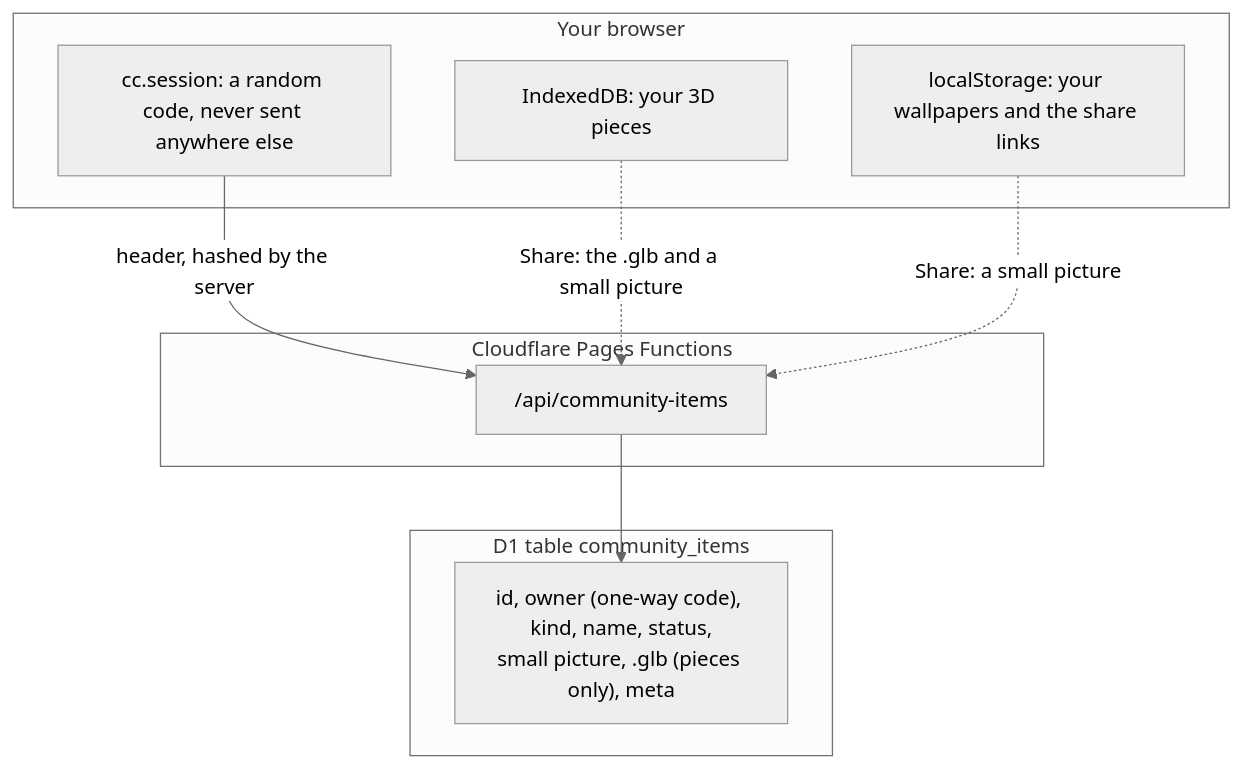
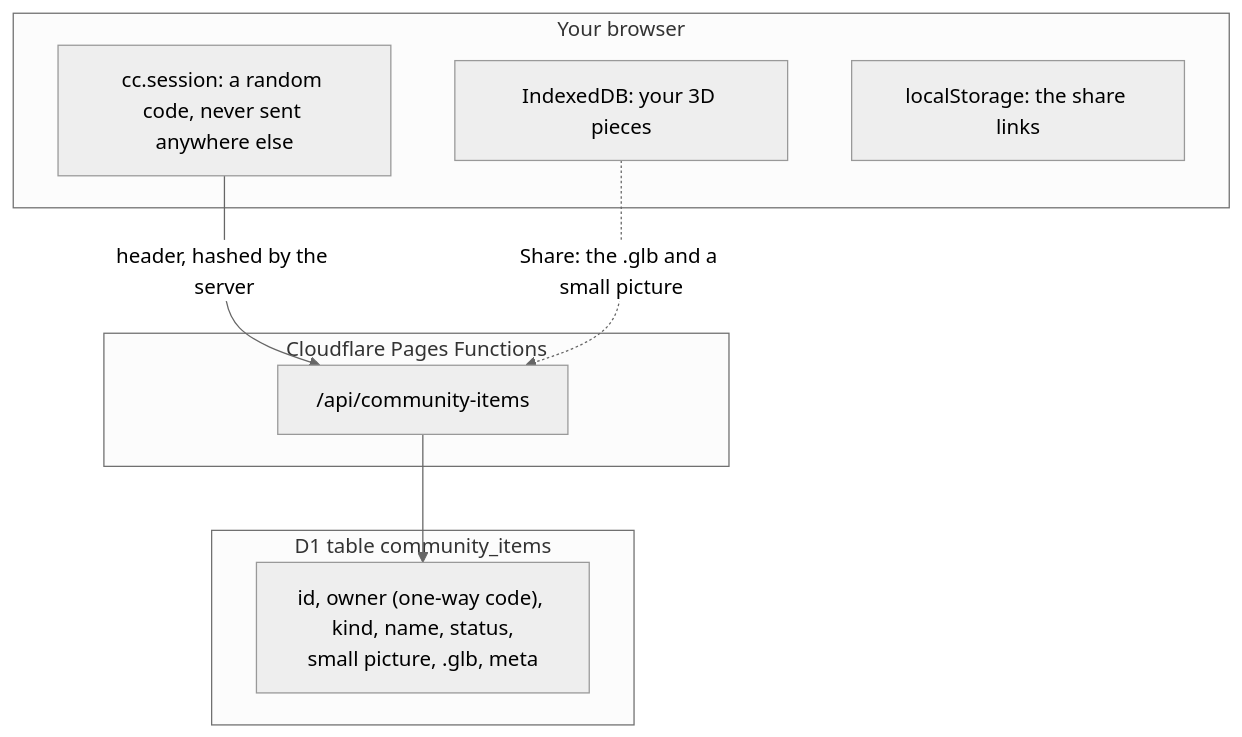
One commit to gitgithan/conquercourse changed the third of 4 diagrams in docs/community-flow-guide.md. Above: the diagram before and after it, drawn with Mermaid (neutral theme). The commit also changed other lines of this file and 2 other files, not shown here.

````diff
--- a/docs/community-flow-guide.md
+++ b/docs/community-flow-guide.md
@@ -95,18 +84,17 @@
 ```mermaid
 flowchart TB
   subgraph Browser["Your browser"]
     S["cc.session: a random code, never sent anywhere else"]
     IDB["IndexedDB: your 3D pieces"]
-    LS["localStorage: your wallpapers and the share links"]
+    LS["localStorage: the share links"]
   end
   subgraph Pages["Cloudflare Pages Functions"]
     API["/api/community-items"]
   end
   subgraph D1["D1 table community_items"]
-    R["id, owner (one-way code), kind, name, status,<br/>small picture, .glb (pieces only), meta"]
+    R["id, owner (one-way code), kind, name, status,<br/>small picture, .glb, meta"]
   end
   S -->|header, hashed by the server| API
   IDB -. "Share: the .glb and a small picture" .-> API
-  LS -. "Share: a small picture" .-> API
   API --> R
 ```
````
